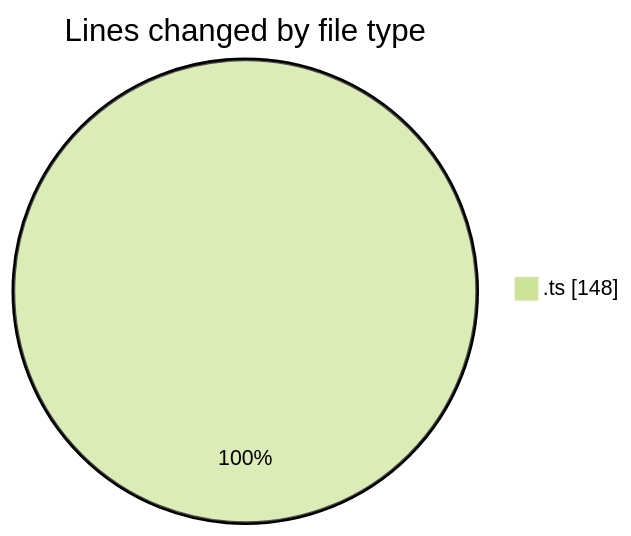
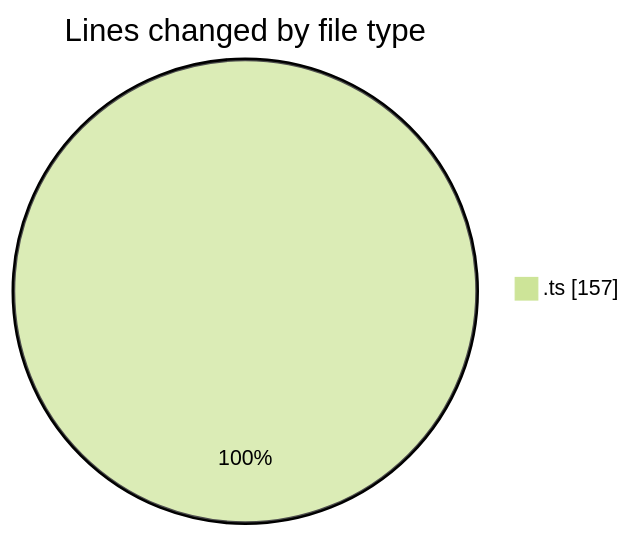
The first of 2 diagrams in 2025-11-27/cda/README.md (momahboobian/code-tracking), drawn with Mermaid (forest theme) before and after one commit. The commit also changed other lines of this file and 1 other file, not shown here.

````diff
--- a/2025-11-27/cda/README.md
+++ b/2025-11-27/cda/README.md
@@ -21,5 +21,5 @@
 ```mermaid
 pie showData
 title Lines changed by file type
-".ts" : 148
+".ts" : 157
 ```
````
